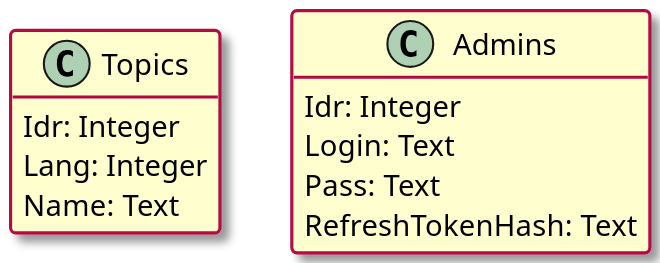
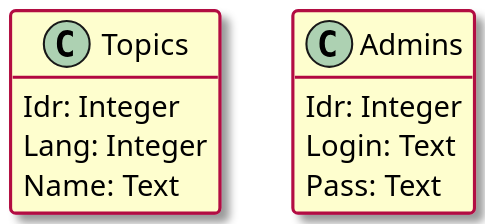
Before and after one commit to qubacy/InterlocutorServer: the diagram in ws_server/about/formats/dbFacade.wsd, drawn with PlantUML. The commit also changed 16 other files, not shown here.

```diff
--- a/ws_server/about/formats/dbFacade.wsd
+++ b/ws_server/about/formats/dbFacade.wsd
@@ -1,31 +1,30 @@
 @startuml dbFacade
 
 skinparam ArrowThickness 1.25
 skinparam ClassBorderThickness 1.5
 skinparam ClassBackgroundColor #FEFECE
 skinparam ClassBorderColor #B20842
 
 skinparam dpi 200
 skinparam Shadowing true
 
 ' -----------------------------------------------
 
 hide empty members
 hide empty methods
 
 ' -----------------------------------------------
 
 class Topics {
     Idr: Integer
     Lang: Integer
     Name: Text
 }
 
 class Admins {
     Idr: Integer
     Login: Text
     Pass: Text
-    RefreshTokenHash: Text
 }
 
 @enduml
```
